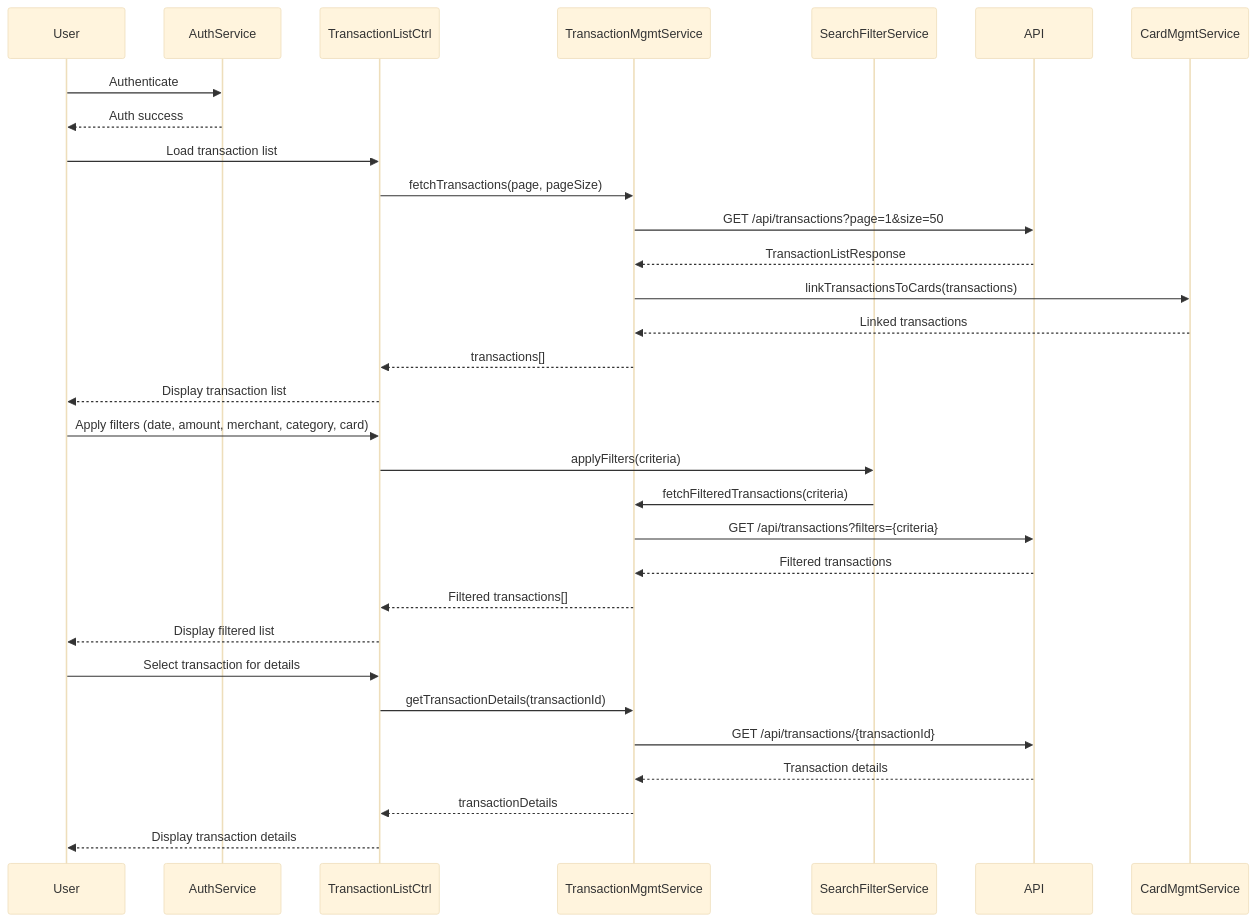
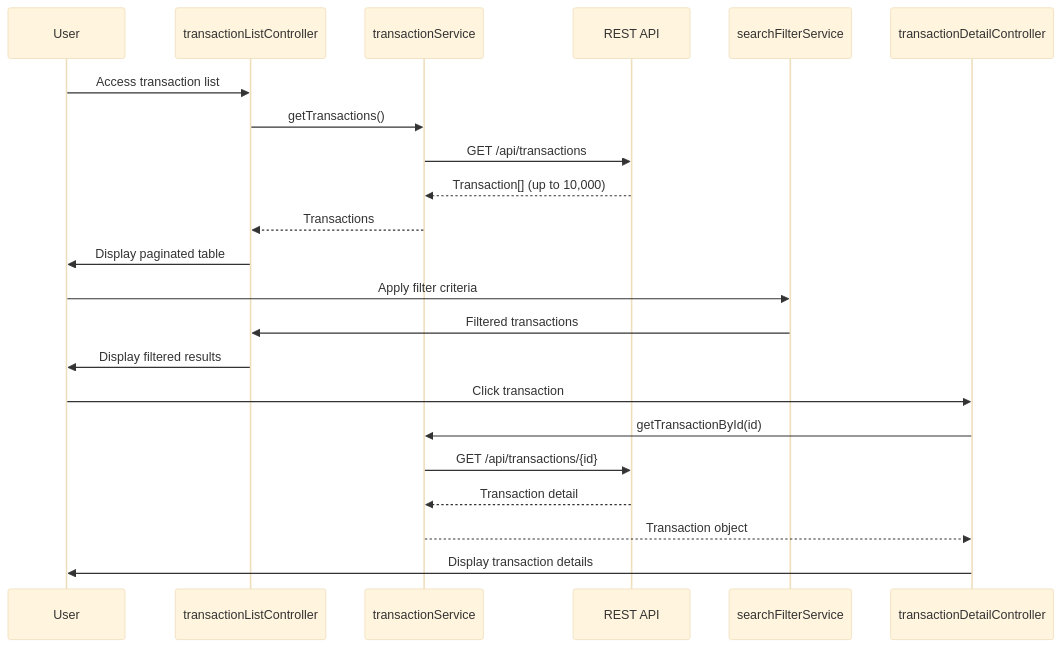
One commit to AAVA-Demo/APB_Demo changed the diagram in LLD/QE-7739_LLD.md. Above: the diagram before and after it, drawn with Mermaid (base theme). The commit also changed other lines of this file and 5 other files, not shown here.

````diff
--- a/LLD/QE-7739_LLD.md
+++ b/LLD/QE-7739_LLD.md
@@ -103,34 +71,25 @@
 ```mermaid
 sequenceDiagram
     participant User
-    participant AuthService
-    participant TransactionListCtrl
-    participant TransactionMgmtService
-    participant SearchFilterService
-    participant API
-    participant CardMgmtService
-    
-    User->>AuthService: Authenticate
-    AuthService-->>User: Auth success
-    User->>TransactionListCtrl: Load transaction list
-    TransactionListCtrl->>TransactionMgmtService: fetchTransactions(page, pageSize)
-    TransactionMgmtService->>API: GET /api/transactions?page=1&size=50
-    API-->>TransactionMgmtService: TransactionListResponse
-    TransactionMgmtService->>CardMgmtService: linkTransactionsToCards(transactions)
-    CardMgmtService-->>TransactionMgmtService: Linked transactions
-    TransactionMgmtService-->>TransactionListCtrl: transactions[]
-    TransactionListCtrl-->>User: Display transaction list
-    User->>TransactionListCtrl: Apply filters (date, amount, merchant, category, card)
-    TransactionListCtrl->>SearchFilterService: applyFilters(criteria)
-    SearchFilterService->>TransactionMgmtService: fetchFilteredTransactions(criteria)
-    TransactionMgmtService->>API: GET /api/transactions?filters={criteria}
-    API-->>TransactionMgmtService: Filtered transactions
-    TransactionMgmtService-->>TransactionListCtrl: Filtered transactions[]
-    TransactionListCtrl-->>User: Display filtered list
-    User->>TransactionListCtrl: Select transaction for details
-    TransactionListCtrl->>TransactionMgmtService: getTransactionDetails(transactionId)
-    TransactionMgmtService->>API: GET /api/transactions/{transactionId}
-    API-->>TransactionMgmtService: Transaction details
-    TransactionMgmtService-->>TransactionListCtrl: transactionDetails
-    TransactionListCtrl-->>User: Display transaction details
+    participant transactionListController
+    participant transactionService
+    participant REST API
+    participant searchFilterService
+    participant transactionDetailController
+
+    User->>transactionListController: Access transaction list
+    transactionListController->>transactionService: getTransactions()
+    transactionService->>REST API: GET /api/transactions
+    REST API-->>transactionService: Transaction[] (up to 10,000)
+    transactionService-->>transactionListController: Transactions
+    transactionListController->>User: Display paginated table
+    User->>searchFilterService: Apply filter criteria
+    searchFilterService->>transactionListController: Filtered transactions
+    transactionListController->>User: Display filtered results
+    User->>transactionDetailController: Click transaction
+    transactionDetailController->>transactionService: getTransactionById(id)
+    transactionService->>REST API: GET /api/transactions/{id}
+    REST API-->>transactionService: Transaction detail
+    transactionService-->>transactionDetailController: Transaction object
+    transactionDetailController->>User: Display transaction details
 ```
````
